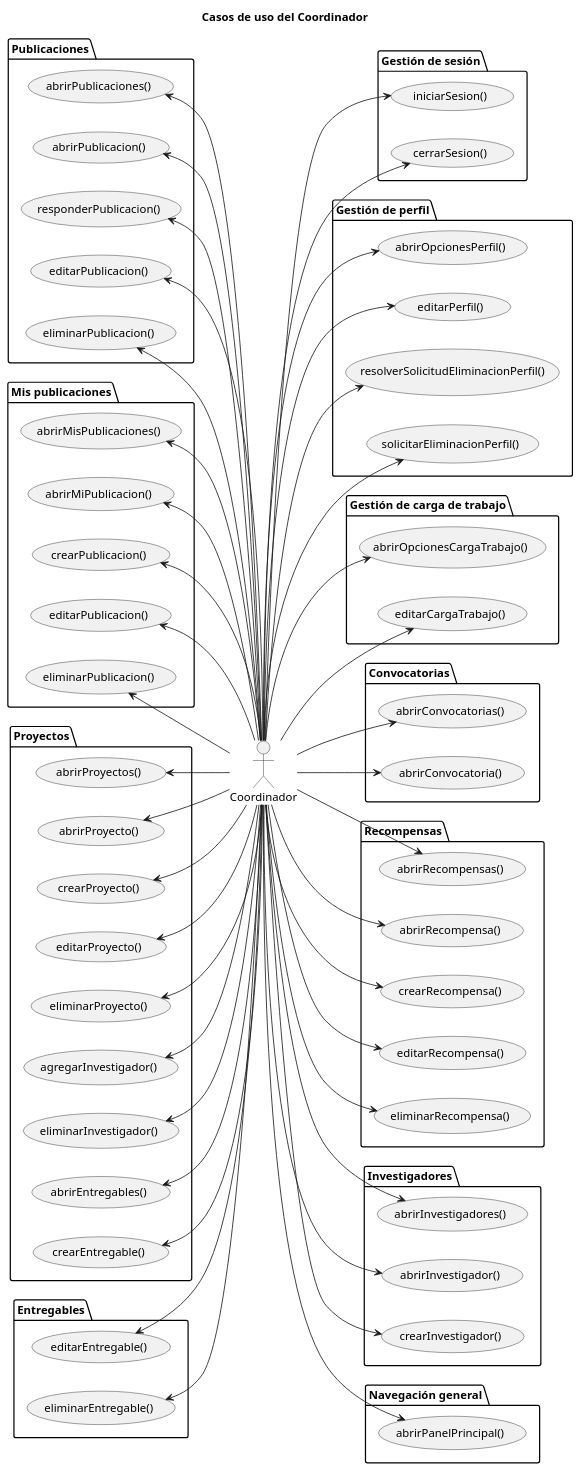
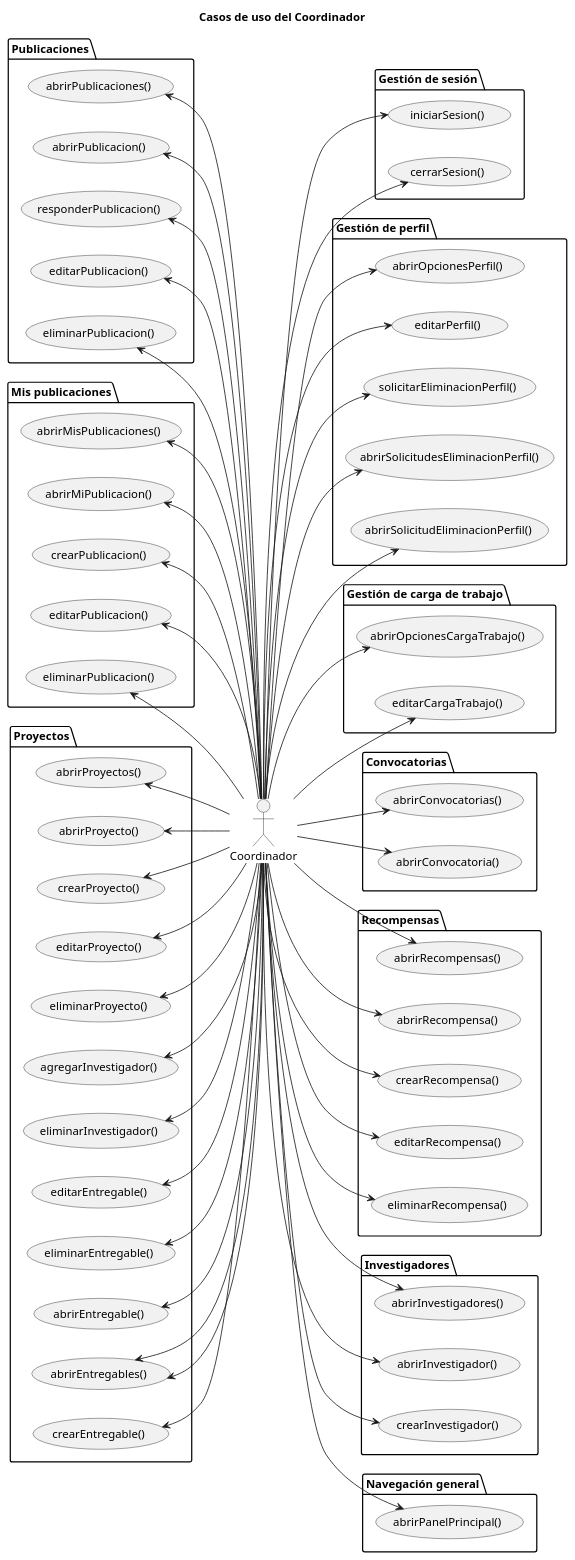
The diagram in documentación/CasosDeUso/Diagramas/CDUCoordinador.puml (31Diego/25-26-IdSw1-SdR), drawn with PlantUML before and after one commit. The commit also changed 4 other files, not shown here.

Commit message:
ajuste en diagramas de actiores y casos de uso

```diff
--- a/documentación/CasosDeUso/Diagramas/CDUCoordinador.puml
+++ b/documentación/CasosDeUso/Diagramas/CDUCoordinador.puml
@@ -1,133 +1,138 @@
 @startuml CDUCoordinadorCompleto
 
 title Casos de uso del Coordinador
 left to right direction
 
 actor "Coordinador" as coordinador
 
 package "Gestión de sesión" {
     usecase UC_IniciarSesion as "iniciarSesion()"
     usecase UC_CerrarSesion as "cerrarSesion()"
 }
 
 package "Gestión de perfil" {
     usecase UC_AbrirOpcionesPerfil as "abrirOpcionesPerfil()"
     usecase UC_EditarPerfil as "editarPerfil()"
-    usecase UC_ResolverSolicitudEliminacionPerfil as "resolverSolicitudEliminacionPerfil()"
     usecase UC_SolicitarEliminacionPerfil as "solicitarEliminacionPerfil()"
+    usecase UC_abrirSolicitudesEliminacionPerfil as "abrirSolicitudesEliminacionPerfil()"
+    usecase UC_abrirSolicitudEliminacionPerfil as "abrirSolicitudEliminacionPerfil()"
 }
 
 package "Gestión de carga de trabajo" {
     usecase UC_AbrirOpcionesCargaTrabajo as "abrirOpcionesCargaTrabajo()"
     usecase UC_EditarCargaTrabajo as "editarCargaTrabajo()"
 }
 
 package "Publicaciones" {
     usecase UC_AbrirPublicaciones as "abrirPublicaciones()"
     usecase UC_AbrirPublicacion as "abrirPublicacion()"
     usecase UC_ResponderPublicacion as "responderPublicacion()"
     usecase UC_EditarPublicacion as "editarPublicacion()"
     usecase UC_EliminarPublicacion as "eliminarPublicacion()"
 }
 
 package "Mis publicaciones" {
     usecase UC_AbrirMisPublicaciones as "abrirMisPublicaciones()"
     usecase UC_AbrirMiPublicacion as "abrirMiPublicacion()"
     usecase UC_CrearPublicacion as "crearPublicacion()"
     usecase UC_EditarMiPublicacion as "editarPublicacion()"
     usecase UC_EliminarMiPublicacion as "eliminarPublicacion()"
 }
 
 package "Convocatorias" {
     usecase UC_AbrirConvocatorias as "abrirConvocatorias()"
     usecase UC_AbrirConvocatoria as "abrirConvocatoria()"
 }
 
 package "Recompensas" {
     usecase UC_AbrirRecompensas as "abrirRecompensas()"
     usecase UC_AbrirRecompensa as "abrirRecompensa()"
     usecase UC_CrearRecompensa as "crearRecompensa()"
     usecase UC_EditarRecompensa as "editarRecompensa()"
     usecase UC_EliminarRecompensa as "eliminarRecompensa()"
 }
 
 package "Proyectos" {
     usecase UC_AbrirProyectos as "abrirProyectos()"
     usecase UC_AbrirProyecto as "abrirProyecto()"
     usecase UC_CrearProyecto as "crearProyecto()"
     usecase UC_EditarProyecto as "editarProyecto()"
     usecase UC_EliminarProyecto as "eliminarProyecto()"
     usecase UC_AgregarInvestigador as "agregarInvestigador()"
     usecase UC_EliminarInvestigador as "eliminarInvestigador()"
+    usecase UC_EditarEntregable as "editarEntregable()"
+    usecase UC_EliminarEntregable as "eliminarEntregable()"
+    usecase UC_AbrirEntregable as "abrirEntregable()"
     usecase UC_AbrirEntregables as "abrirEntregables()"
     usecase UC_CrearEntregable as "crearEntregable()"
 }
 
-package "Entregables" {
-    usecase UC_EditarEntregable as "editarEntregable()"
-    usecase UC_EliminarEntregable as "eliminarEntregable()"
-}
+
 
 package "Investigadores" {
     usecase UC_AbrirInvestigadores as "abrirInvestigadores()"
     usecase UC_AbrirInvestigador as "abrirInvestigador()"
     usecase UC_CrearInvestigador as "crearInvestigador()"
 }
 
 package "Navegación general" {
     usecase UC_AbrirPanelPrincipal as "abrirPanelPrincipal()"
 }
 
 ' Asociaciones (todas)
 coordinador --> UC_IniciarSesion
 coordinador --> UC_CerrarSesion
 
 coordinador --> UC_AbrirOpcionesPerfil
 coordinador --> UC_EditarPerfil
-coordinador --> UC_ResolverSolicitudEliminacionPerfil
 coordinador --> UC_SolicitarEliminacionPerfil
+coordinador --> UC_abrirSolicitudEliminacionPerfil
+coordinador --> UC_abrirSolicitudesEliminacionPerfil
 
 coordinador --> UC_AbrirOpcionesCargaTrabajo
 coordinador --> UC_EditarCargaTrabajo
 
 UC_AbrirPublicaciones <-- coordinador
 UC_AbrirPublicacion <-- coordinador
 UC_ResponderPublicacion <-- coordinador
 UC_EditarPublicacion <-- coordinador
 UC_EliminarPublicacion <-- coordinador
 
 UC_AbrirMisPublicaciones <-- coordinador
 UC_AbrirMiPublicacion <-- coordinador
 UC_CrearPublicacion <-- coordinador
 UC_EditarMiPublicacion <-- coordinador
 UC_EliminarMiPublicacion <-- coordinador
 
 coordinador --> UC_AbrirConvocatorias
 coordinador --> UC_AbrirConvocatoria
 
 coordinador --> UC_AbrirRecompensas
 coordinador --> UC_AbrirRecompensa
 coordinador --> UC_CrearRecompensa
 coordinador --> UC_EditarRecompensa
 coordinador --> UC_EliminarRecompensa
 
 UC_AbrirProyectos <-- coordinador
 UC_AbrirProyecto <-- coordinador
 UC_CrearProyecto <-- coordinador
 UC_EditarProyecto <-- coordinador
 UC_EliminarProyecto <-- coordinador
 UC_AgregarInvestigador <-- coordinador
 UC_EliminarInvestigador <-- coordinador
 UC_AbrirEntregables <-- coordinador
 UC_CrearEntregable <-- coordinador
 
 UC_EditarEntregable <-- coordinador
 UC_EliminarEntregable <-- coordinador
+UC_AbrirEntregable <-- coordinador
+UC_AbrirEntregables <-- coordinador
+
 
 coordinador --> UC_AbrirInvestigadores
 coordinador --> UC_AbrirInvestigador
 coordinador --> UC_CrearInvestigador
 
 coordinador --> UC_AbrirPanelPrincipal
 
 @enduml
```
